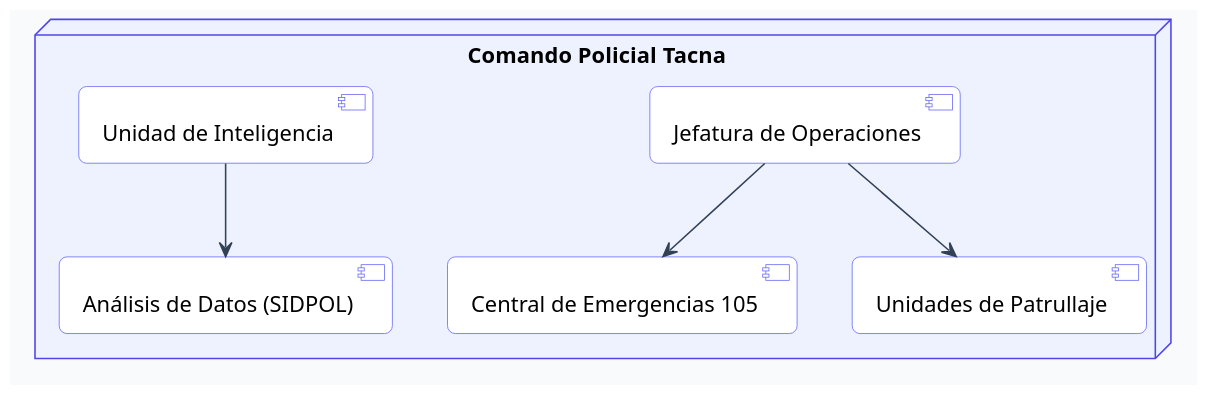
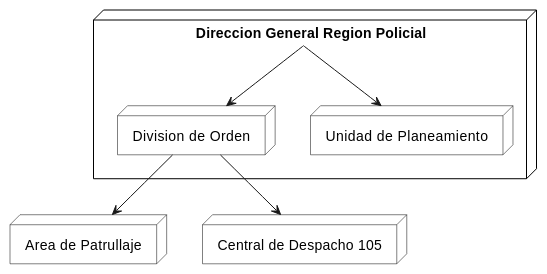
The first of 8 diagrams in docs/FD03-EPIS-Informe SRS de Proyecto.md (pieroalexanderppc/sgeo_pp), drawn with PlantUML before and after one commit. The commit also changed other lines of this file and 1 other file, not shown here.

````diff
--- a/docs/FD03-EPIS-Informe SRS de Proyecto.md
+++ b/docs/FD03-EPIS-Informe SRS de Proyecto.md
@@ -67,19 +85,24 @@
 ```plantuml
 @startuml
 skinparam shadowing false
-skinparam roundcorner 10
-skinparam dpi 150
-skinparam defaultFontName Segoe UI
-skinparam backgroundColor #F8FAFC
-skinparam ArrowColor #334155
-skinparam NodeBackgroundColor #EEF2FF
-skinparam NodeBorderColor #4F46E5
-skinparam ComponentBackgroundColor #FFFFFF
-skinparam ComponentBorderColor #6366F1
-node "Comando Policial Tacna" {
-  [Jefatura de Operaciones] --> [Central de Emergencias 105]
-  [Jefatura de Operaciones] --> [Unidades de Patrullaje]
-  [Unidad de Inteligencia] --> [Análisis de Datos (SIDPOL)]
+skinparam roundcorner 5
+skinparam defaultFontName Arial
+skinparam node {
+    BackgroundColor white
+    BorderColor black
 }
+
+node "Direccion General Region Policial" as DGRP {
+  node "Unidad de Planeamiento" as UP
+  node "Division de Orden" as DO
+}
+
+node "Area de Patrullaje" as AP
+node "Central de Despacho 105" as C105
+
+DGRP --> UP
+DGRP --> DO
+DO --> AP
+DO --> C105
 @enduml
 ```
````
